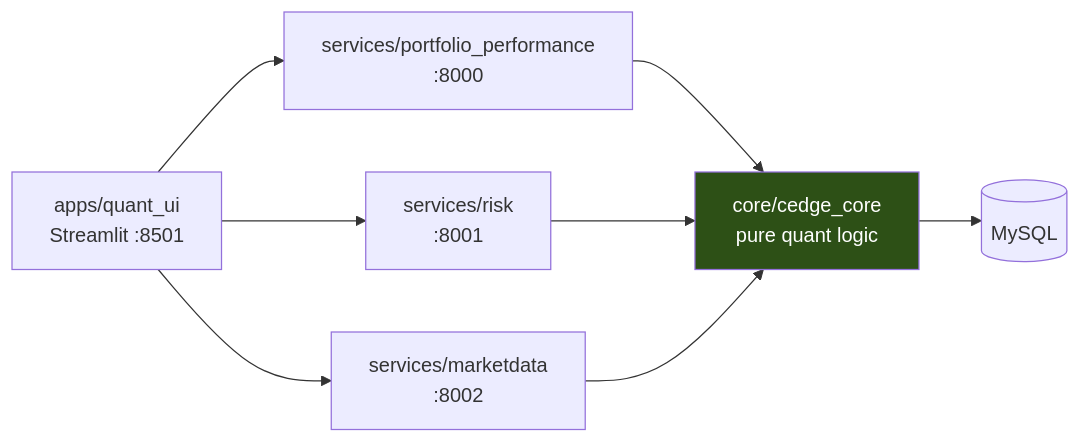
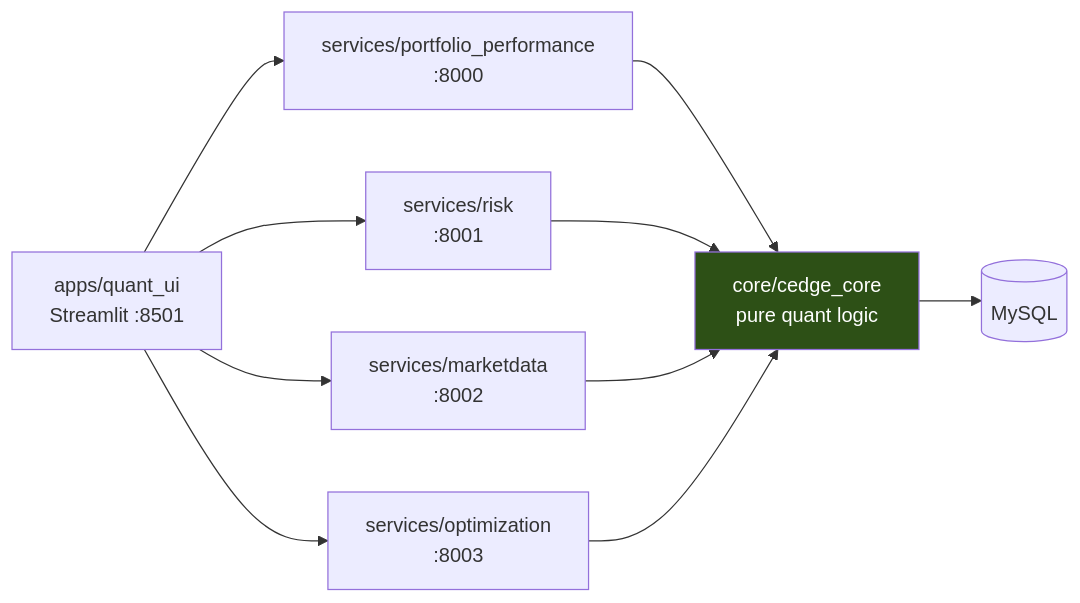
One commit to ChrisIJH/cedge changed the diagram in README.md. Above: the diagram before and after it, drawn with Mermaid. The commit also changed other lines of this file and 4 other files, not shown here.

````diff
--- a/README.md
+++ b/README.md
@@ -22,11 +22,13 @@
 ```mermaid
 graph LR
     A[apps/quant_ui<br/>Streamlit :8501] --> S1[services/portfolio_performance<br/>:8000]
     A --> S2[services/risk<br/>:8001]
     A --> S3[services/marketdata<br/>:8002]
+    A --> S4[services/optimization<br/>:8003]
     S1 --> C[core/cedge_core<br/>pure quant logic]
     S2 --> C
     S3 --> C
+    S4 --> C
     C --> D[(MySQL)]
     style C fill:#2d5016,color:#fff
 ```
````
